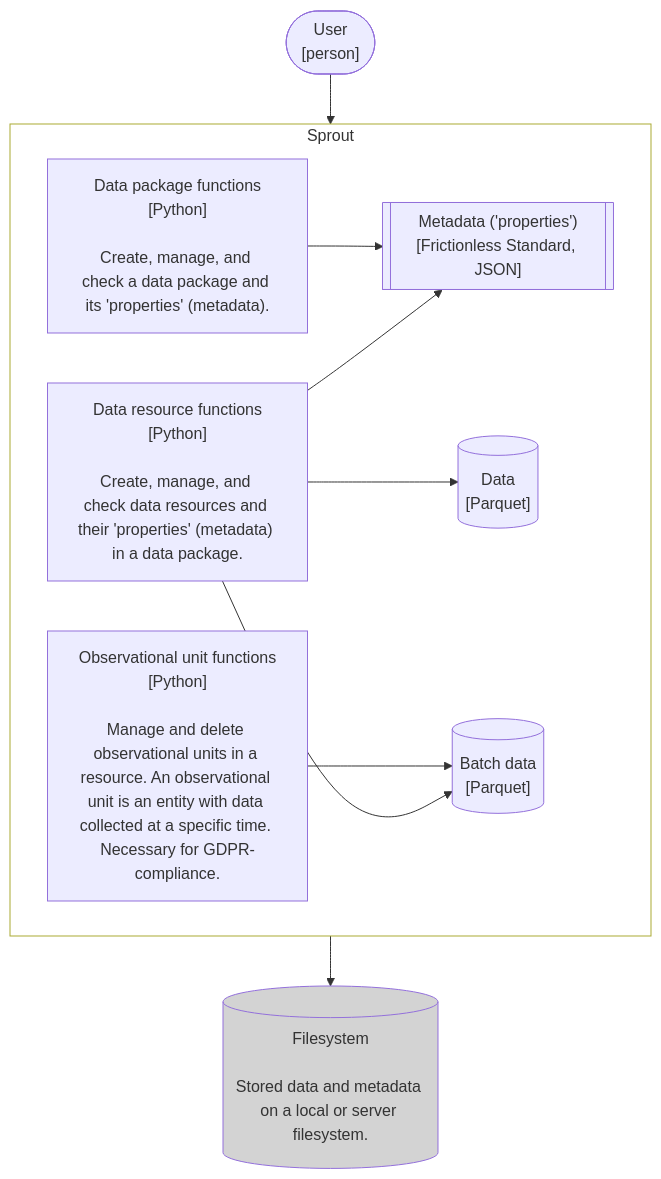
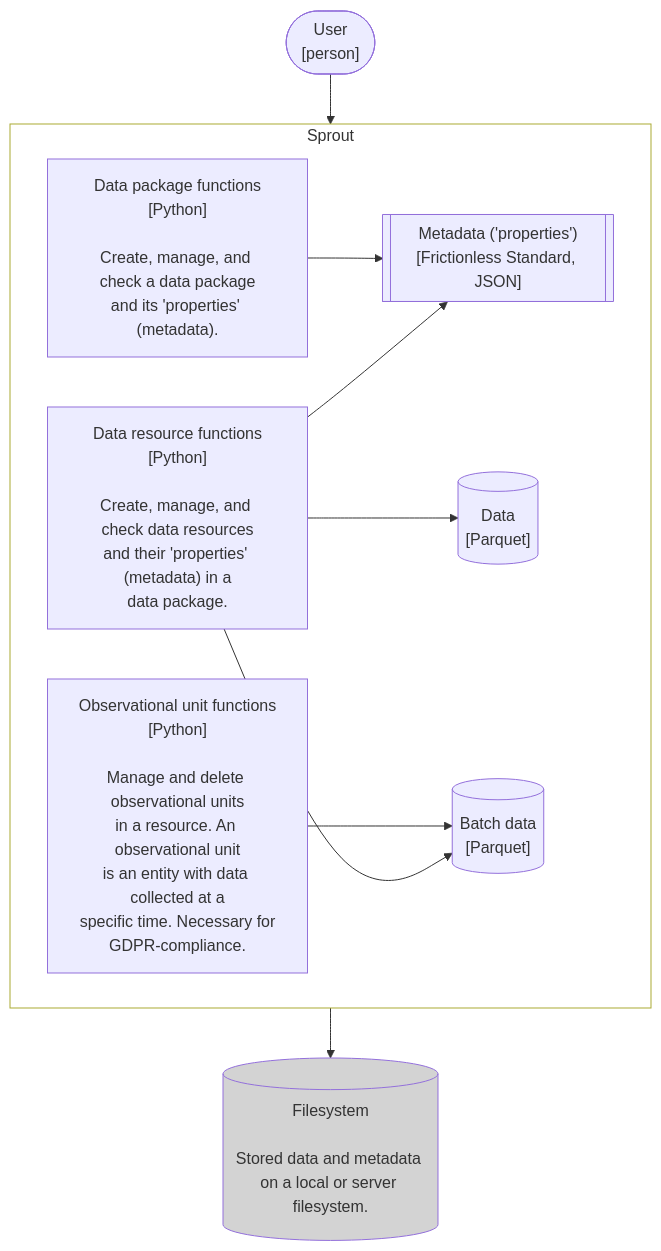
Before and after one commit to seedcase-project/seedcase-sprout: the second of 2 diagrams in docs/design/architecture/c4-models.qmd, drawn with Mermaid. The commit also changed other lines of this file, not shown here.

Commit message:
fix: :adhesive_bandage: fix rendering of wide mermaid diagrams

````diff
--- a/docs/design/architecture/c4-models.qmd
+++ b/docs/design/architecture/c4-models.qmd
@@ -59,25 +58,26 @@
 ```{mermaid}
+%%| label: fig-c4-container
 %%| fig-cap: "C4 Container diagram showing larger functional parts of Sprout and their connections."
 flowchart TB
     user(["User<br>[person]"])
     subgraph sprout [Sprout]
-        package["Data package functions<br>[Python]<br><br>Create, manage, and check a data package and its 'properties' (metadata)."]
-        resource["Data resource functions<br>[Python]<br><br>Create, manage, and check data resources and their 'properties' (metadata) in a data package."]
-        obs_unit["Observational unit functions<br>[Python]<br><br>Manage and delete observational units in a resource. An observational unit is an entity with data collected at a specific time. Necessary for GDPR-compliance."]
+        package["Data package functions<br>[Python]<br><br>Create, manage, and check a data package<br>and its 'properties' (metadata)."]
+        resource["Data resource functions<br>[Python]<br><br>Create, manage, and check data resources<br>and their 'properties' (metadata) in a<br>data package."]
+        obs_unit["Observational unit functions<br>[Python]<br><br>Manage and delete observational units<br>in a resource. An observational unit<br>is an entity with data collected at a<br>specific time. Necessary for<br>GDPR-compliance."]
         batch[("Batch data<br>[Parquet]")]
         data[("Data<br>[Parquet]")]
         metadata[["Metadata ('properties')<br>[Frictionless Standard, JSON]"]]
     end
     output[("Filesystem<br><br>Stored data and metadata on a local or server filesystem.")]
 
     user --> sprout:::system
     package --> metadata
     resource --> data
     resource --> metadata
     obs_unit --> batch
     resource --> batch
     sprout --> output:::external
 
     classDef system fill:none
     classDef external fill:lightgrey
 ```
````
